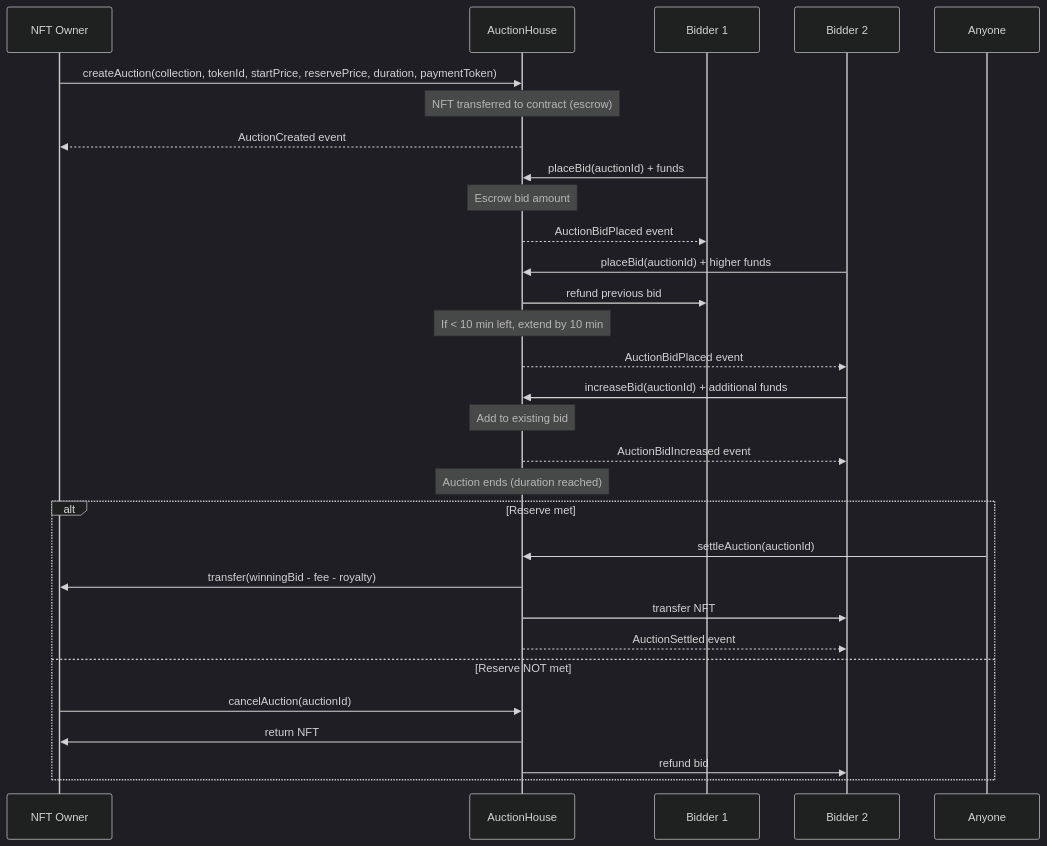
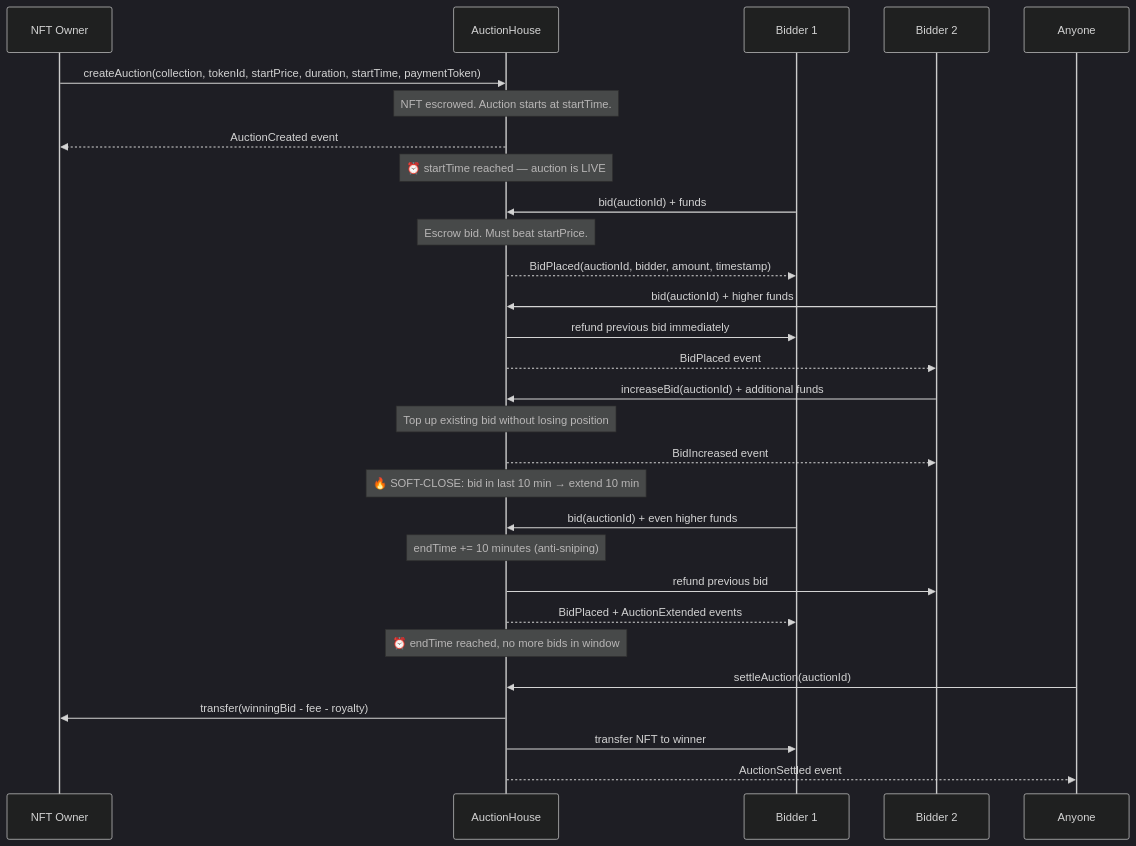
The eighth of 10 diagrams in README.md (blockchainsuperheroes/marketplace-v2-contract), drawn with Mermaid (dark theme) before and after one commit. The commit also changed other lines of this file, not shown here.

Commit message:
docs: upgrade auction spec - real auction house mechanics (scheduled, soft-close, hidden reserve, sealed bids)

````diff
--- a/README.md
+++ b/README.md
@@ -326,37 +368,39 @@
 ```mermaid
 sequenceDiagram
     participant Owner as NFT Owner
     participant Contract as AuctionHouse
     participant B1 as Bidder 1
     participant B2 as Bidder 2
+    participant Anyone
 
-    Owner->>Contract: createAuction(collection, tokenId, startPrice, reservePrice, duration, paymentToken)
-    Note over Contract: NFT transferred to contract (escrow)
+    Owner->>Contract: createAuction(collection, tokenId, startPrice, duration, startTime, paymentToken)
+    Note over Contract: NFT escrowed. Auction starts at startTime.
     Contract-->>Owner: AuctionCreated event
 
-    B1->>Contract: placeBid(auctionId) + funds
-    Note over Contract: Escrow bid amount
-    Contract-->>B1: AuctionBidPlaced event
+    Note over Contract: ⏰ startTime reached — auction is LIVE
 
-    B2->>Contract: placeBid(auctionId) + higher funds
-    Contract->>B1: refund previous bid
-    Note over Contract: If < 10 min left, extend by 10 min
-    Contract-->>B2: AuctionBidPlaced event
+    B1->>Contract: bid(auctionId) + funds
+    Note over Contract: Escrow bid. Must beat startPrice.
+    Contract-->>B1: BidPlaced(auctionId, bidder, amount, timestamp)
+
+    B2->>Contract: bid(auctionId) + higher funds
+    Contract->>B1: refund previous bid immediately
+    Contract-->>B2: BidPlaced event
 
     B2->>Contract: increaseBid(auctionId) + additional funds
-    Note over Contract: Add to existing bid
-    Contract-->>B2: AuctionBidIncreased event
+    Note over Contract: Top up existing bid without losing position
+    Contract-->>B2: BidIncreased event
 
-    Note over Contract: Auction ends (duration reached)
+    Note over Contract: 🔥 SOFT-CLOSE: bid in last 10 min → extend 10 min
+    B1->>Contract: bid(auctionId) + even higher funds
+    Note over Contract: endTime += 10 minutes (anti-sniping)
+    Contract->>B2: refund previous bid
+    Contract-->>B1: BidPlaced + AuctionExtended events
 
-    alt Reserve met
-        Anyone->>Contract: settleAuction(auctionId)
-        Contract->>Owner: transfer(winningBid - fee - royalty)
-        Contract->>B2: transfer NFT
-        Contract-->>B2: AuctionSettled event
-    else Reserve NOT met
-        Owner->>Contract: cancelAuction(auctionId)
-        Contract->>Owner: return NFT
-        Contract->>B2: refund bid
-    end
+    Note over Contract: ⏰ endTime reached, no more bids in window
+
+    Anyone->>Contract: settleAuction(auctionId)
+    Contract->>Owner: transfer(winningBid - fee - royalty)
+    Contract->>B1: transfer NFT to winner
+    Contract-->>Anyone: AuctionSettled event
 ```
````
